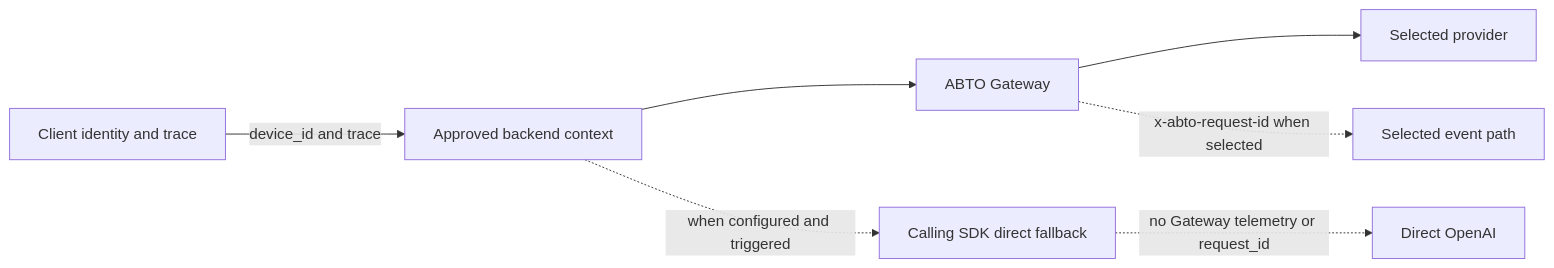
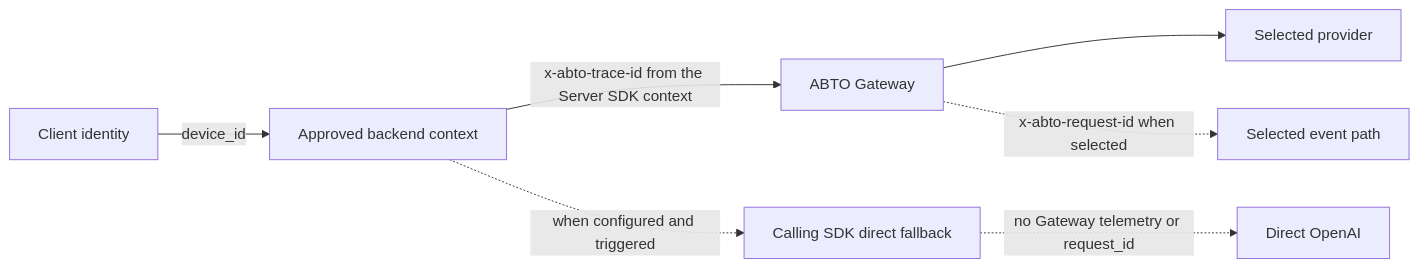
One commit to greedy-co/abto-sdk changed the diagram in abto/references/discovery-and-reporting.md. Above: the diagram before and after it, drawn with Mermaid. The commit also changed other lines of this file and 7 other files, not shown here.

````diff
--- a/abto/references/discovery-and-reporting.md
+++ b/abto/references/discovery-and-reporting.md
@@ -126,9 +126,9 @@
 ```mermaid
 flowchart LR
-  Client[Client identity and trace] -->|device_id and trace| Backend[Approved backend context]
-  Backend --> Gateway[ABTO Gateway]
+  Client[Client identity] -->|device_id| Backend[Approved backend context]
+  Backend -->|x-abto-trace-id from the Server SDK context| Gateway[ABTO Gateway]
   Gateway --> Provider[Selected provider]
   Backend -. when configured and triggered .-> Direct[Calling SDK direct fallback]
   Direct -. no Gateway telemetry or request_id .-> DirectProvider[Direct OpenAI]
   Gateway -. x-abto-request-id when selected .-> Event[Selected event path]
 ```
````
